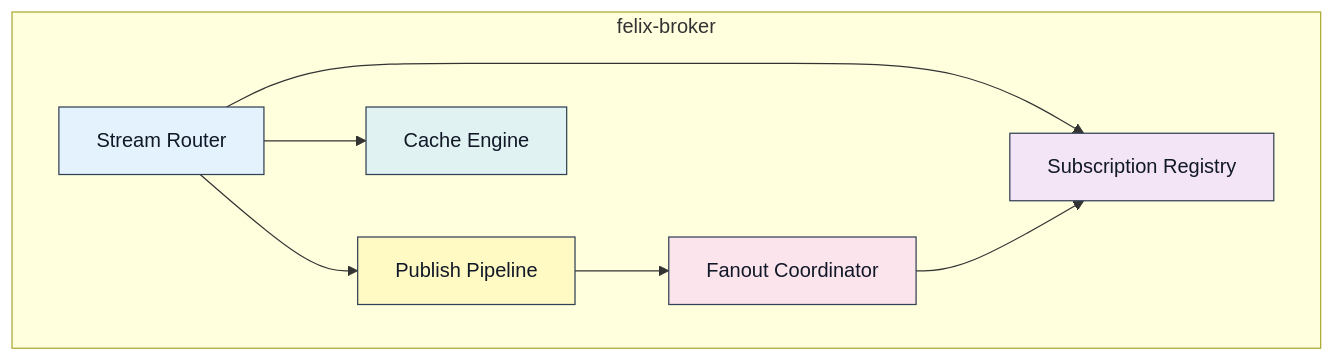
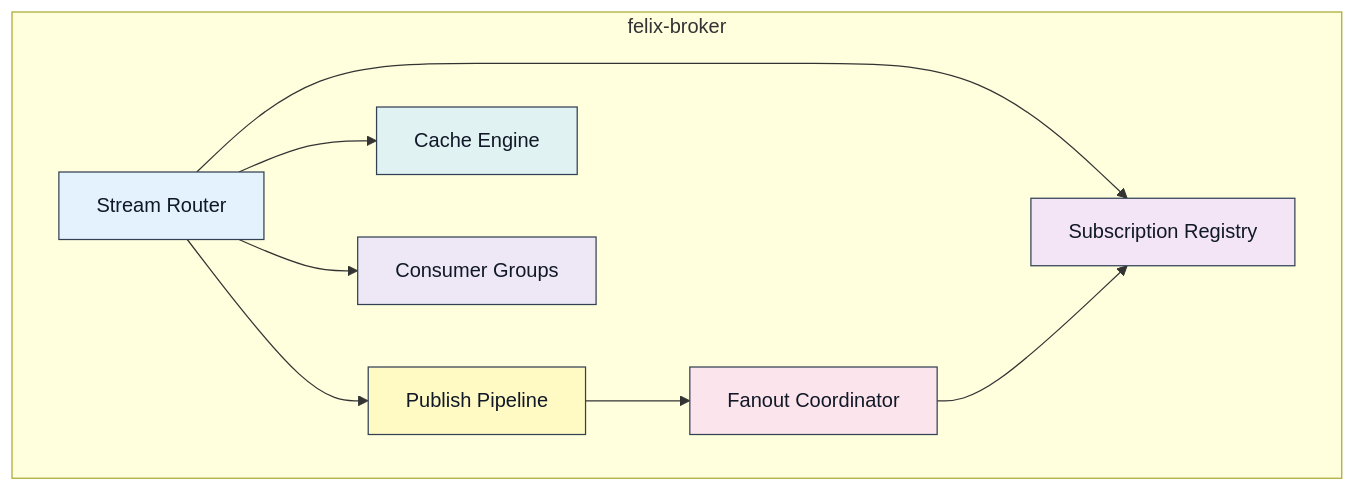
Before and after one commit to gabloe/felix: the third of 8 diagrams in docs-site/src/content/docs/architecture/components.md, drawn with Mermaid. The commit also changed other lines of this file and 6 other files, not shown here.

````diff
--- a/docs-site/src/content/docs/architecture/components.md
+++ b/docs-site/src/content/docs/architecture/components.md
@@ -184,22 +187,25 @@
 ```mermaid
 graph TB
     subgraph Broker["felix-broker"]
         Ingress[Stream Router]
         Publish[Publish Pipeline]
         Subscribe[Subscription Registry]
         Cache[Cache Engine]
+        Groups[Consumer Groups]
         Fanout[Fanout Coordinator]
     end
     
     Ingress --> Publish
     Ingress --> Subscribe
     Ingress --> Cache
+    Ingress --> Groups
     Publish --> Fanout
     Fanout --> Subscribe
     
     style Ingress fill:#e3f2fd,stroke:#334155,color:#111827
     style Publish fill:#fff9c4,stroke:#334155,color:#111827
     style Subscribe fill:#f3e5f5,stroke:#334155,color:#111827
     style Cache fill:#e0f2f1,stroke:#334155,color:#111827
+    style Groups fill:#ede7f6,stroke:#334155,color:#111827
     style Fanout fill:#fce4ec,stroke:#334155,color:#111827
 ```
````
